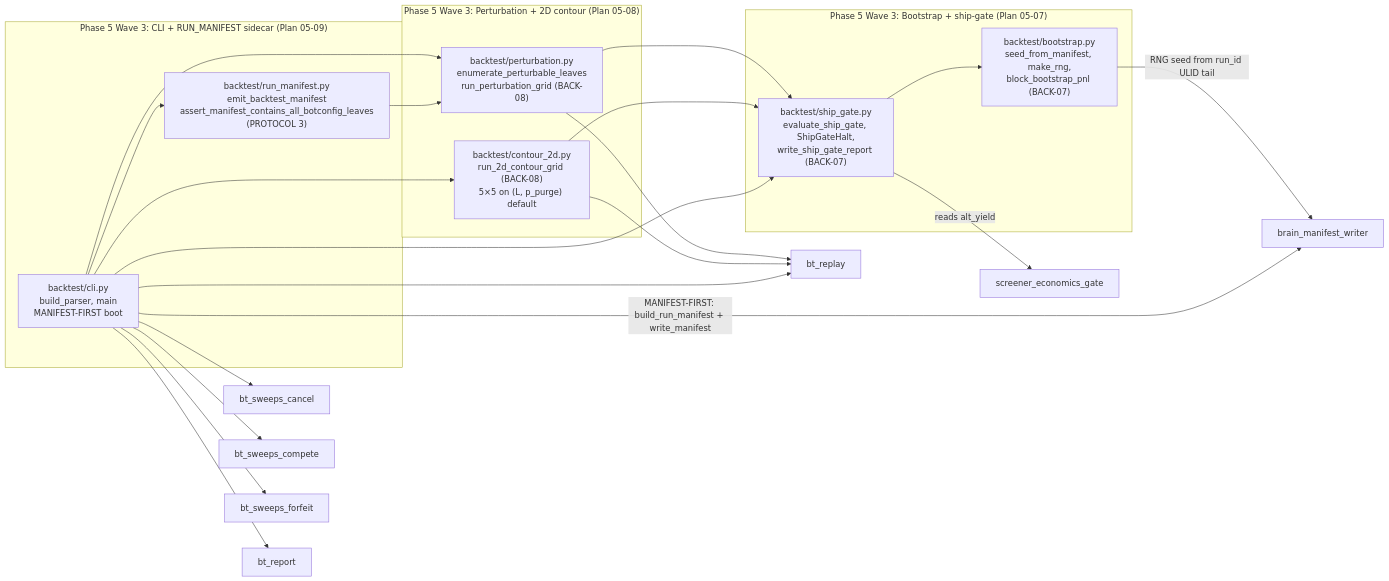
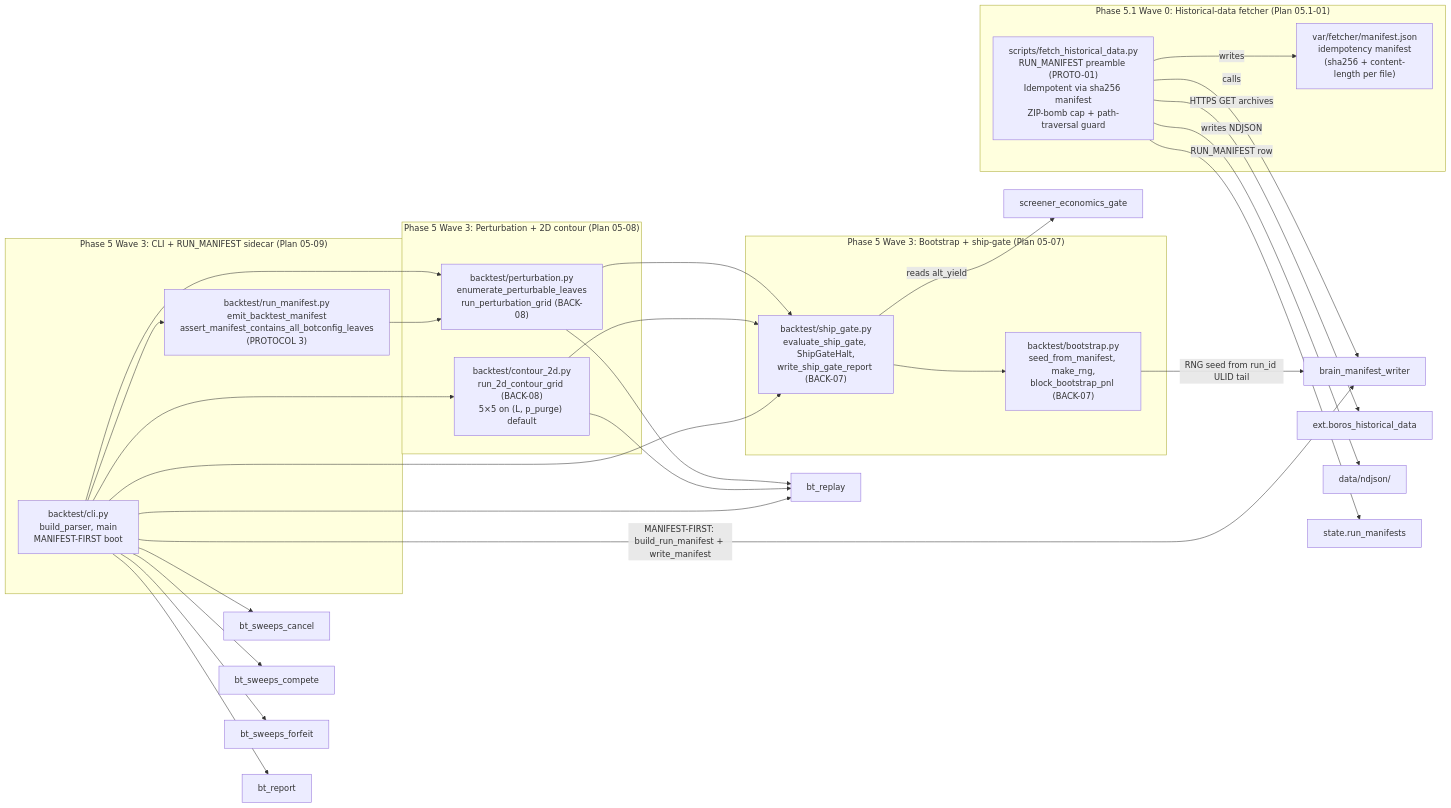
One commit to atiredbrudda/boros changed the eighth of 8 diagrams in docs/ARCHITECTURE.md. Above: the diagram before and after it, drawn with Mermaid. The commit also changed 7 other files, not shown here.

First line of the commit message:
feat(05.1-01): Wave 0 — schema 0007 + URL probe + fetcher scaffold + architecture delta

````diff
--- a/docs/ARCHITECTURE.md
+++ b/docs/ARCHITECTURE.md
@@ -746,41 +746,53 @@
 ```mermaid
 flowchart LR
     subgraph phase5_wave3_shipgate["Phase 5 Wave 3: Bootstrap + ship-gate (Plan 05-07)"]
         bt_bootstrap["backtest/bootstrap.py<br/>seed_from_manifest, make_rng,<br/>block_bootstrap_pnl (BACK-07)"]
         bt_ship_gate["backtest/ship_gate.py<br/>evaluate_ship_gate, ShipGateHalt,<br/>write_ship_gate_report (BACK-07)"]
     end
 
     %% Phase 5 Wave 3 ship-gate wiring (Plan 05-07)
     bt_ship_gate --> bt_bootstrap
     bt_bootstrap -- "RNG seed from run_id ULID tail" --> brain_manifest_writer
     bt_ship_gate -- "reads alt_yield" --> screener_economics_gate
 
     subgraph phase5_wave3_perturbation["Phase 5 Wave 3: Perturbation + 2D contour (Plan 05-08)"]
         bt_perturbation["backtest/perturbation.py<br/>enumerate_perturbable_leaves<br/>run_perturbation_grid (BACK-08)"]
         bt_contour_2d["backtest/contour_2d.py<br/>run_2d_contour_grid (BACK-08)<br/>5×5 on (L, p_purge) default"]
     end
 
     %% Phase 5 Wave 3 perturbation wiring (Plan 05-08)
     bt_perturbation --> bt_replay
     bt_perturbation --> bt_ship_gate
     bt_contour_2d --> bt_replay
     bt_contour_2d --> bt_ship_gate
 
     subgraph phase5_wave3_cli["Phase 5 Wave 3: CLI + RUN_MANIFEST sidecar (Plan 05-09)"]
         bt_cli["backtest/cli.py<br/>build_parser, main<br/>MANIFEST-FIRST boot"]
         bt_run_manifest["backtest/run_manifest.py<br/>emit_backtest_manifest<br/>assert_manifest_contains_all_botconfig_leaves<br/>(PROTOCOL 3)"]
     end
 
     %% Phase 5 Wave 3 CLI wiring (Plan 05-09)
     bt_cli -- "MANIFEST-FIRST: build_run_manifest + write_manifest" --> brain_manifest_writer
     bt_cli --> bt_run_manifest
     bt_cli --> bt_replay
     bt_cli --> bt_sweeps_cancel
     bt_cli --> bt_sweeps_compete
     bt_cli --> bt_sweeps_forfeit
     bt_cli --> bt_perturbation
     bt_cli --> bt_contour_2d
     bt_cli --> bt_ship_gate
     bt_cli --> bt_report
     bt_run_manifest --> bt_perturbation
+
+    subgraph phase05_1_fetcher["Phase 5.1 Wave 0: Historical-data fetcher (Plan 05.1-01)"]
+        fetch_script["scripts/fetch_historical_data.py<br/>RUN_MANIFEST preamble (PROTO-01)<br/>Idempotent via sha256 manifest<br/>ZIP-bomb cap + path-traversal guard"]
+        fetcher_manifest["var/fetcher/manifest.json<br/>idempotency manifest<br/>(sha256 + content-length per file)"]
+    end
+
+    %% Phase 5.1 fetcher wiring (Plan 05.1-01)
+    fetch_script -- "HTTPS GET archives" --> ext_boros_historical[ext.boros_historical_data]
+    fetch_script -- "writes NDJSON" --> data_ndjson[data/ndjson/]
+    fetch_script -- "writes" --> fetcher_manifest
+    fetch_script -- "RUN_MANIFEST row" --> state_run_manifests[state.run_manifests]
+    fetch_script -- "calls" --> brain_manifest_writer
 ```
````
